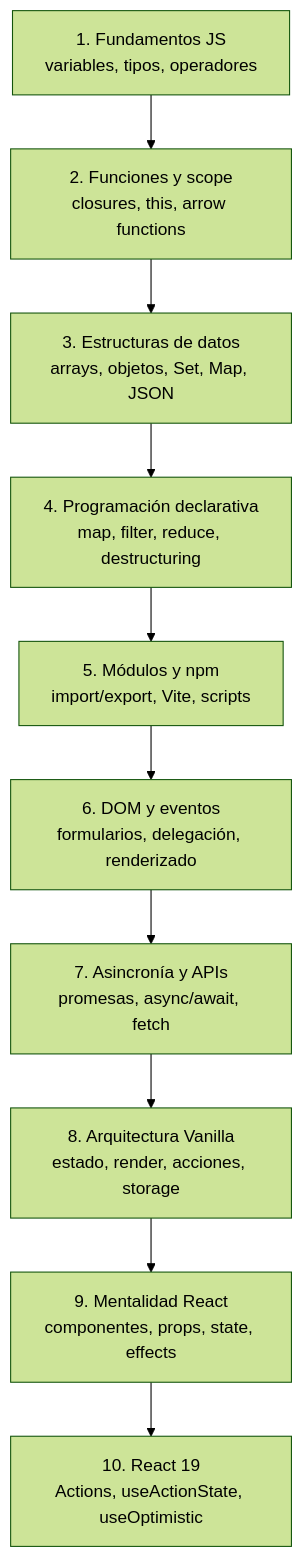
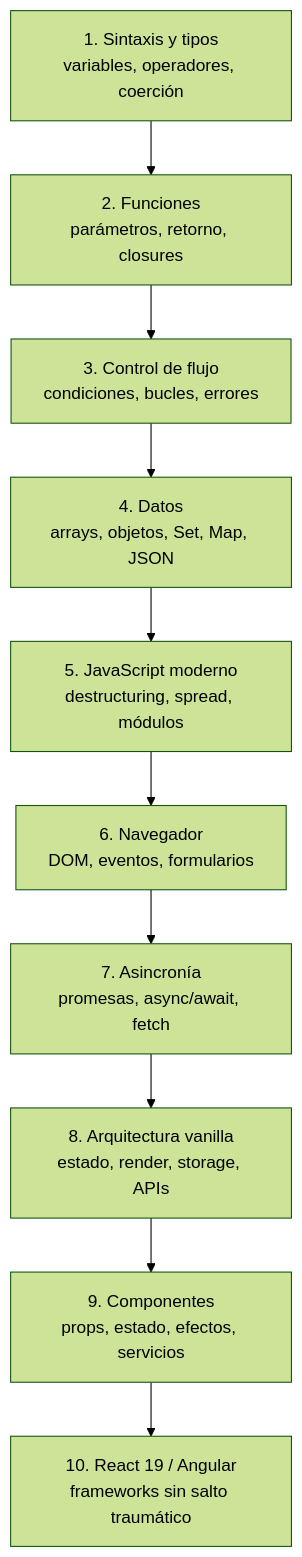
One commit to isaiasfl/ApuntesDWEC changed the first of 2 diagrams in README.md. Above: the diagram before and after it, drawn with Mermaid (forest theme). The commit also changed other lines of this file and 17 other files, not shown here.

````diff
--- a/README.md
+++ b/README.md
@@ -66,12 +82,12 @@
 ```mermaid
 flowchart TD
-  A["1. Fundamentos JS<br/>variables, tipos, operadores"] --> B["2. Funciones y scope<br/>closures, this, arrow functions"]
-  B --> C["3. Estructuras de datos<br/>arrays, objetos, Set, Map, JSON"]
-  C --> D["4. Programación declarativa<br/>map, filter, reduce, destructuring"]
-  D --> E["5. Módulos y npm<br/>import/export, Vite, scripts"]
-  E --> F["6. DOM y eventos<br/>formularios, delegación, renderizado"]
-  F --> G["7. Asincronía y APIs<br/>promesas, async/await, fetch"]
-  G --> H["8. Arquitectura Vanilla<br/>estado, render, acciones, storage"]
-  H --> I["9. Mentalidad React<br/>componentes, props, state, effects"]
-  I --> J["10. React 19<br/>Actions, useActionState, useOptimistic"]
+  A["1. Sintaxis y tipos<br/>variables, operadores, coerción"] --> B["2. Funciones<br/>parámetros, retorno, closures"]
+  B --> C["3. Control de flujo<br/>condiciones, bucles, errores"]
+  C --> D["4. Datos<br/>arrays, objetos, Set, Map, JSON"]
+  D --> E["5. JavaScript moderno<br/>destructuring, spread, módulos"]
+  E --> F["6. Navegador<br/>DOM, eventos, formularios"]
+  F --> G["7. Asincronía<br/>promesas, async/await, fetch"]
+  G --> H["8. Arquitectura vanilla<br/>estado, render, storage, APIs"]
+  H --> I["9. Componentes<br/>props, estado, efectos, servicios"]
+  I --> J["10. React 19 / Angular<br/>frameworks sin salto traumático"]
 ```
````
